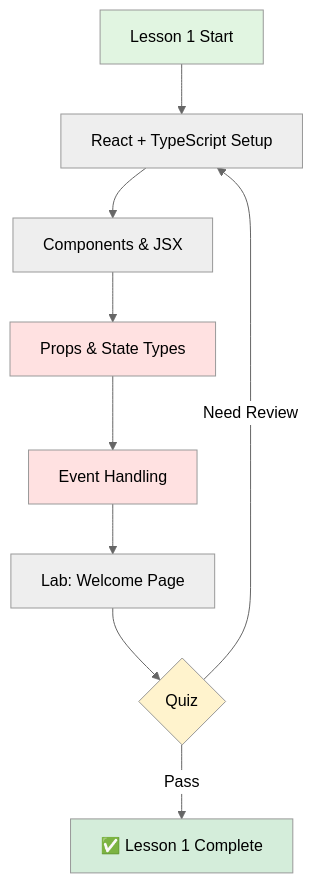
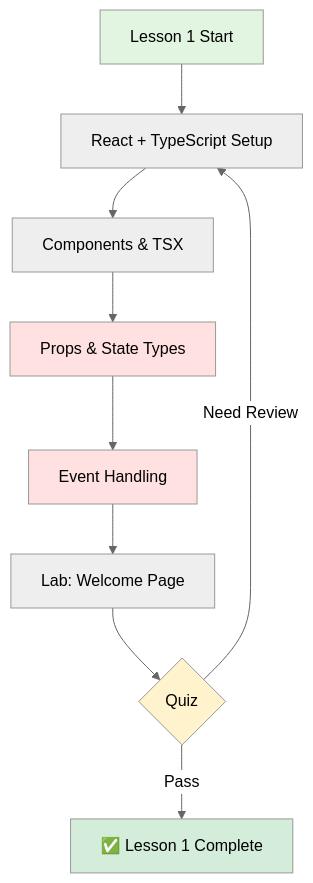
The third of 8 diagrams in diagrams/course_roadmap.md (longndt/react-course), drawn with Mermaid (neutral theme) before and after one commit. The commit also changed other lines of this file and 143 other files, not shown here.

````diff
--- a/diagrams/course_roadmap.md
+++ b/diagrams/course_roadmap.md
@@ -89,17 +82,17 @@
 ```mermaid
 flowchart TD
     A[Lesson 1 Start] --> B[React + TypeScript Setup]
-    B --> C[Components & JSX]
+    B --> C[Components & TSX]
     C --> D[Props & State Types]
     D --> E[Event Handling]
     E --> F[Lab: Welcome Page]
     F --> G{Quiz}
     G -->|Pass| H[✅ Lesson 1 Complete]
     G -->|Need Review| B
 
     style A fill:#e1f5e1
     style H fill:#d4edda
     style G fill:#fff3cd
     style D fill:#ffe1e1
     style E fill:#ffe1e1
 ```
````
